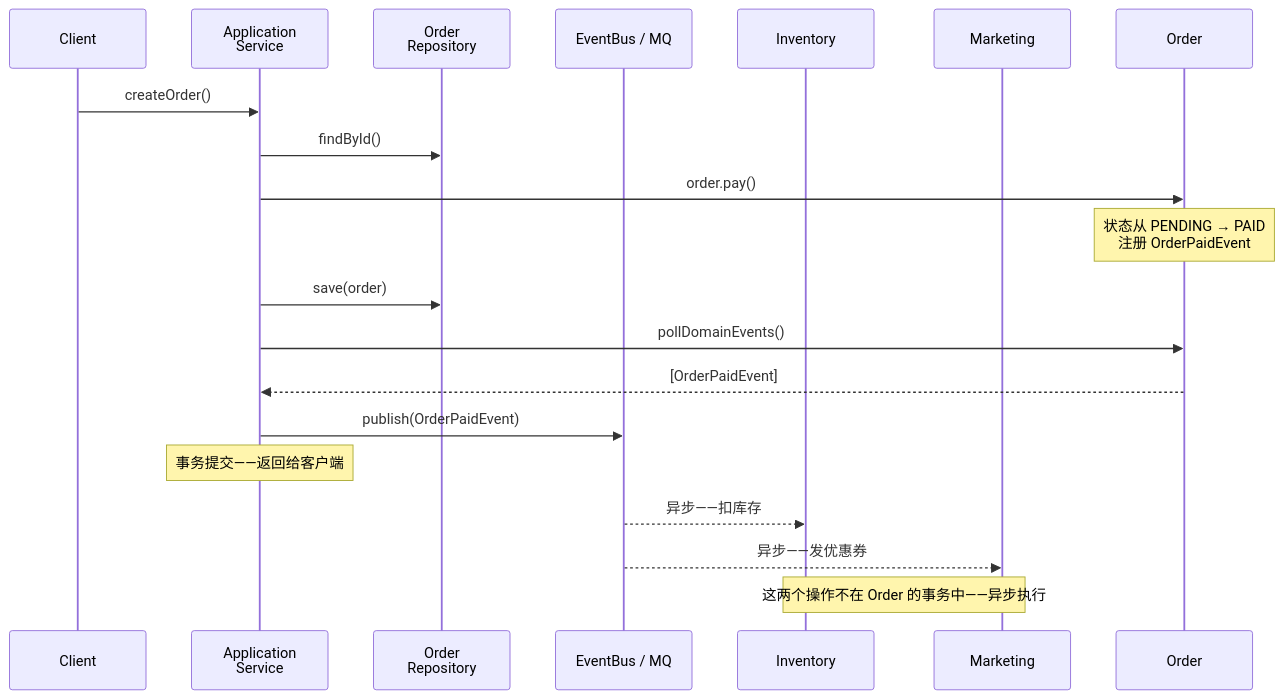
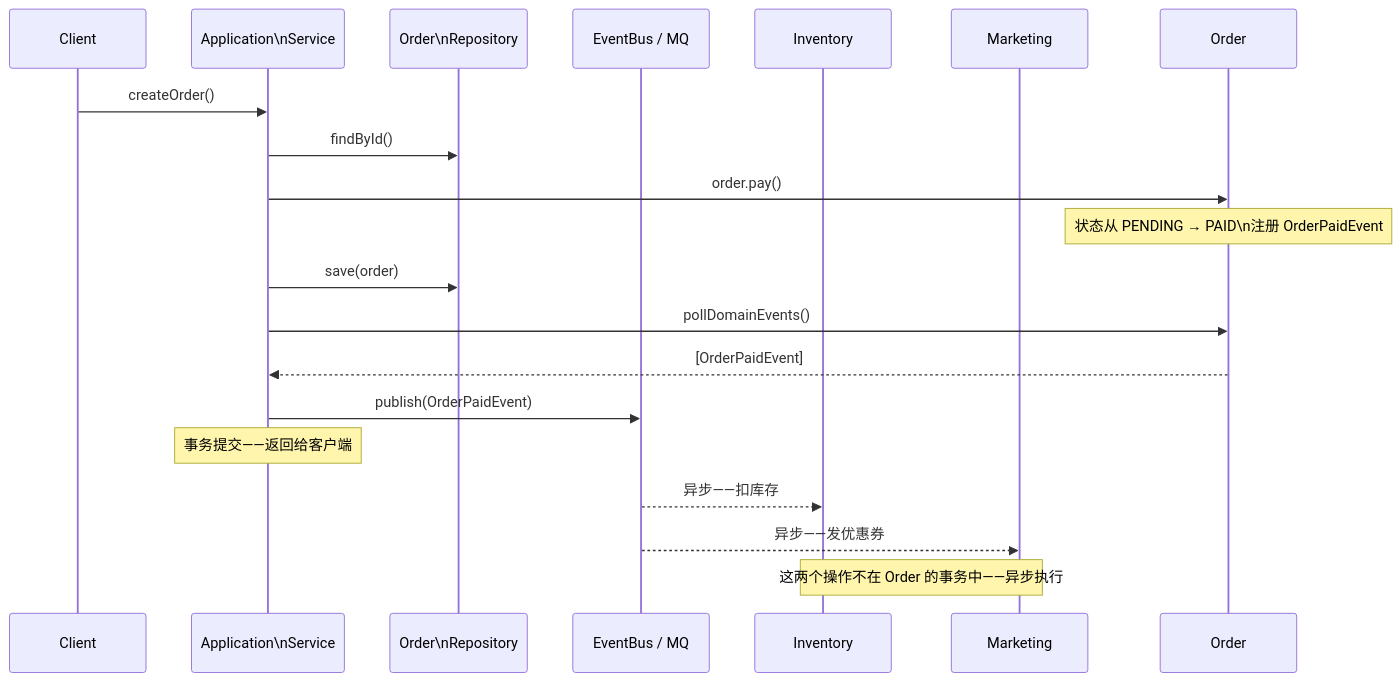
Before and after one commit to yaocat55/yaocat55.github.io: the second of 2 diagrams in content/posts/ddd/DddFundamentals.md, drawn with Mermaid. The commit also changed other lines of this file and 155 other files, not shown here.

````diff
--- a/content/posts/ddd/DddFundamentals.md
+++ b/content/posts/ddd/DddFundamentals.md
@@ -854,25 +860,25 @@
 ```mermaid
 sequenceDiagram
     participant Client
-    participant AppService as Application<br/>Service
-    participant OrderRepo as Order<br/>Repository
+    participant AppService as Application\nService
+    participant OrderRepo as Order\nRepository
     participant EventBus as EventBus / MQ
     participant Inventory
     participant Marketing
 
     Client->>AppService: createOrder()
     AppService->>OrderRepo: findById()
     AppService->>Order: order.pay()
-    Note over Order: 状态从 PENDING → PAID<br/>注册 OrderPaidEvent
+    Note over Order: 状态从 PENDING → PAID\n注册 OrderPaidEvent
 
     AppService->>OrderRepo: save(order)
     AppService->>Order: pollDomainEvents()
     Order-->>AppService: [OrderPaidEvent]
 
     AppService->>EventBus: publish(OrderPaidEvent)
     Note over AppService: 事务提交——返回给客户端
 
     EventBus-->>Inventory: 异步——扣库存
     EventBus-->>Marketing: 异步——发优惠券
     Note over Inventory,Marketing: 这两个操作不在 Order 的事务中——异步执行
 ```
````
